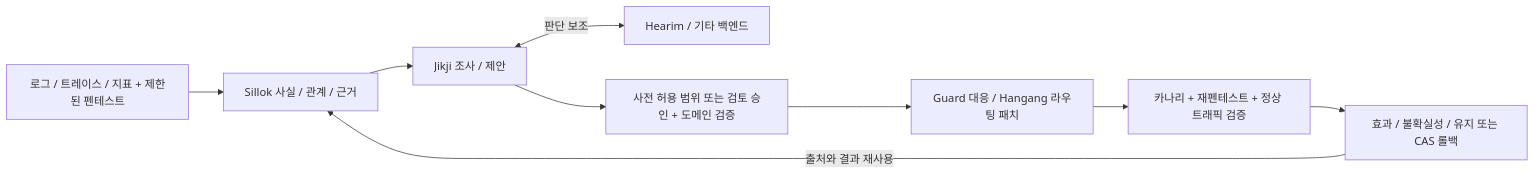
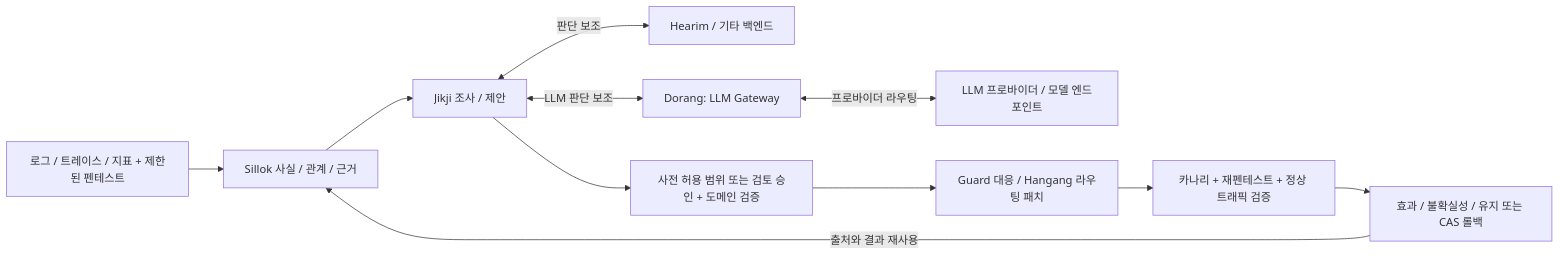
The second of 2 diagrams in README.ko.md (ziozzang/hangang-zerotrust), drawn with Mermaid before and after one commit. The commit also changed other lines of this file and 1 other file, not shown here.

Commit message:
docs: add Dorang LLM gateway to zero-trust package diagrams

````diff
--- a/README.ko.md
+++ b/README.ko.md
@@ -76,11 +80,13 @@
 ```mermaid
 flowchart LR
   O[로그 / 트레이스 / 지표 + 제한된 펜테스트] --> S[Sillok 사실 / 관계 / 근거]
   S --> J[Jikji 조사 / 제안]
   J <-->|판단 보조| HE[Hearim / 기타 백엔드]
+  J <-->|LLM 판단 보조| DG[Dorang: LLM Gateway]
+  DG <-->|프로바이더 라우팅| LP[LLM 프로바이더 / 모델 엔드포인트]
   J --> V[사전 허용 범위 또는 검토 승인 + 도메인 검증]
   V --> A[Guard 대응 / Hangang 라우팅 패치]
   A --> T[카나리 + 재펜테스트 + 정상 트래픽 검증]
   T --> R[효과 / 불확실성 / 유지 또는 CAS 롤백]
   R -->|출처와 결과 재사용| S
 ```
````
